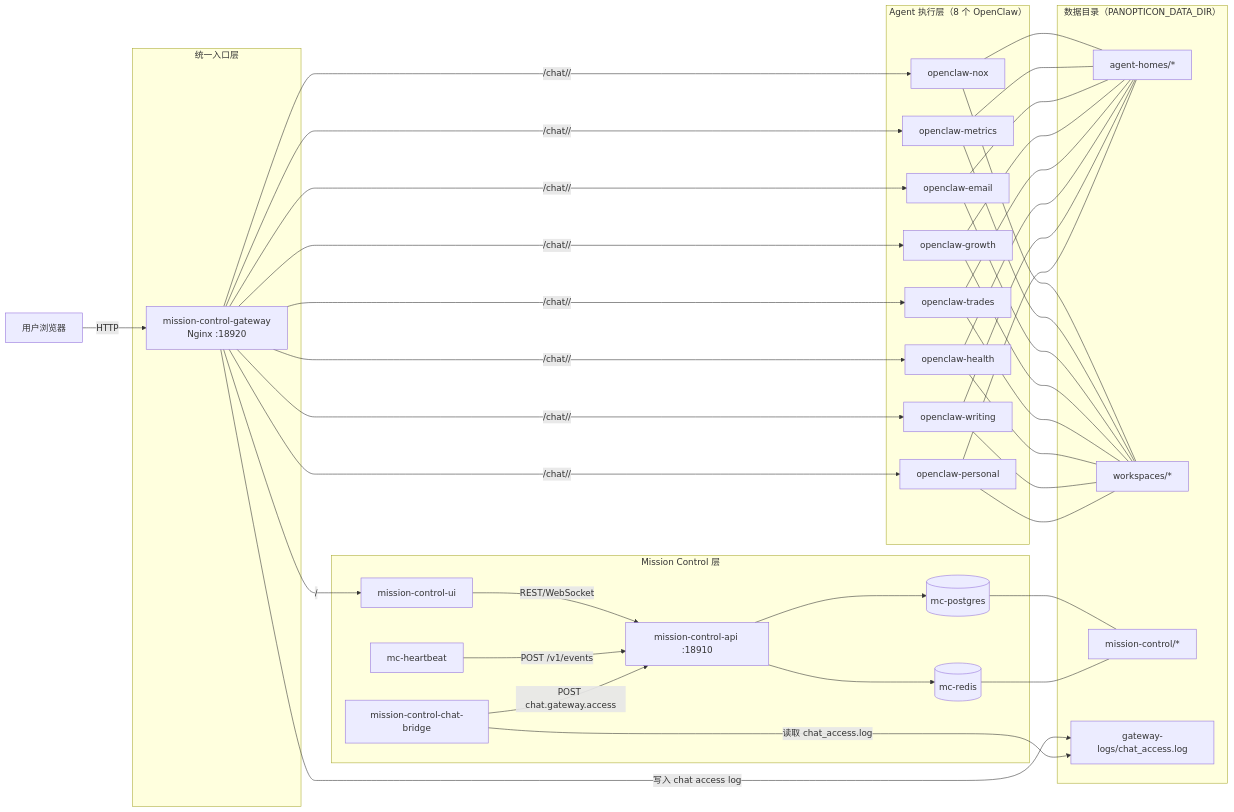
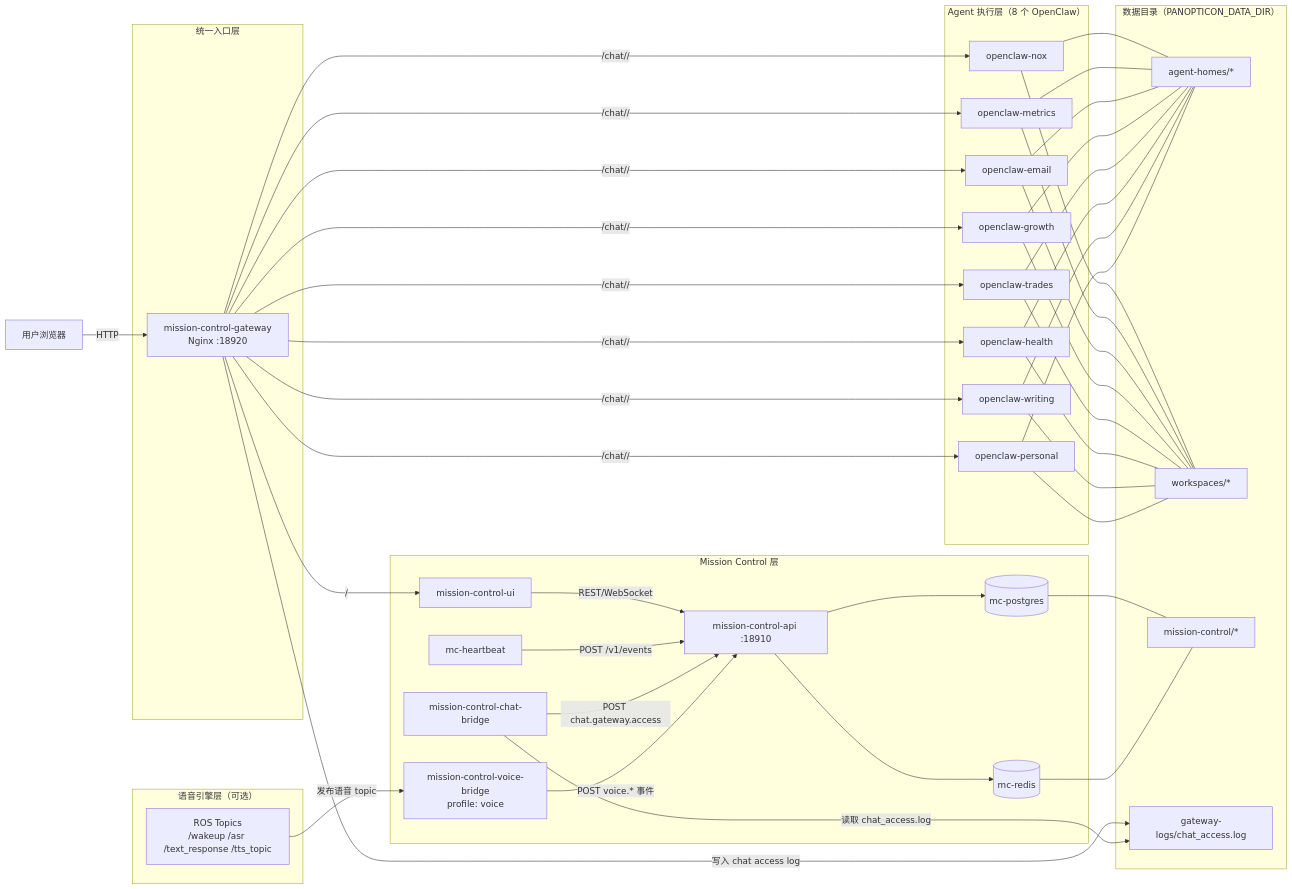
Before and after one commit to Ieer/OpenClaw-PWTInstaller: the diagram in panopticon/README.md, drawn with Mermaid. The commit also changed other lines of this file, not shown here.

````diff
--- a/panopticon/README.md
+++ b/panopticon/README.md
@@ -21,74 +21,81 @@
 ```mermaid
 flowchart LR
   U[用户浏览器]
 
   subgraph G[统一入口层]
     GW[mission-control-gateway\nNginx :18920]
   end
 
   subgraph MC[Mission Control 层]
     UI[mission-control-ui]
     API[mission-control-api :18910]
     HB[mc-heartbeat]
     BR[mission-control-chat-bridge]
+    VB[mission-control-voice-bridge\nprofile: voice]
     PG[(mc-postgres)]
     RD[(mc-redis)]
+  end
+
+  subgraph VOICE[语音引擎层（可选）]
+    ROS[ROS Topics\n/wakeup /asr /text_response /tts_topic]
   end
 
   subgraph AG[Agent 执行层（8 个 OpenClaw）]
     A1[openclaw-nox]
     A2[openclaw-metrics]
     A3[openclaw-email]
     A4[openclaw-growth]
     A5[openclaw-trades]
     A6[openclaw-health]
     A7[openclaw-writing]
     A8[openclaw-personal]
   end
 
   subgraph DATA[数据目录（PANOPTICON_DATA_DIR）]
     AH[agent-homes/*]
     WS[workspaces/*]
     MD[mission-control/*]
     GL[gateway-logs/chat_access.log]
   end
 
   U -->|HTTP| GW
   GW -->|/| UI
   GW -->|/chat/<agent>/| A1
   GW -->|/chat/<agent>/| A2
   GW -->|/chat/<agent>/| A3
   GW -->|/chat/<agent>/| A4
   GW -->|/chat/<agent>/| A5
   GW -->|/chat/<agent>/| A6
   GW -->|/chat/<agent>/| A7
   GW -->|/chat/<agent>/| A8
   GW -->|写入 chat access log| GL
 
   UI -->|REST/WebSocket| API
   HB -->|POST /v1/events| API
   BR -->|读取 chat_access.log| GL
   BR -->|POST chat.gateway.access| API
+  ROS -->|发布语音 topic| VB
+  VB -->|POST voice.* 事件| API
 
   API --> PG
   API --> RD
 
   A1 --- AH
   A2 --- AH
   A3 --- AH
   A4 --- AH
   A5 --- AH
   A6 --- AH
   A7 --- AH
   A8 --- AH
   A1 --- WS
   A2 --- WS
   A3 --- WS
   A4 --- WS
   A5 --- WS
   A6 --- WS
   A7 --- WS
   A8 --- WS
   PG --- MD
   RD --- MD
 ```
````
